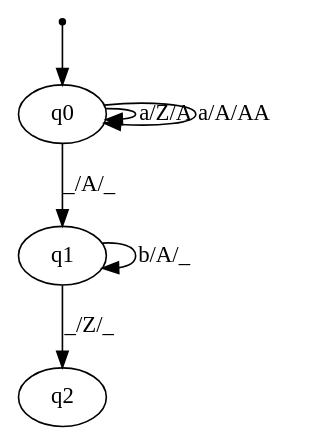
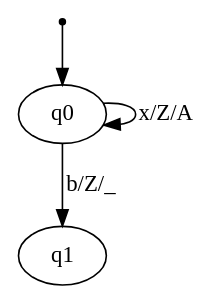
One commit to valenvivaldi/automatas-Pila-D-y-ND- changed the diagram in prueba4.gv. Above: the diagram before and after it, drawn with Graphviz. The commit also changed 1 other file, not shown here.

```diff
--- a/prueba4.gv
+++ b/prueba4.gv
@@ -1,11 +1,9 @@
 digraph{
 inic[shape=point];
 inic->q0;
 
-q0->q0 [label="a/Z/A"];
-q0->q0 [label="a/A/AA"];
-q0->q1 [label="_/A/_"];
-q1->q1 [label="b/A/_"];
-q1->q2 [label="_/Z/_"]
+q0->q0 [label="x/Z/A"];
+q0->q1 [label="b/Z/_"];
+
 
 }
```
